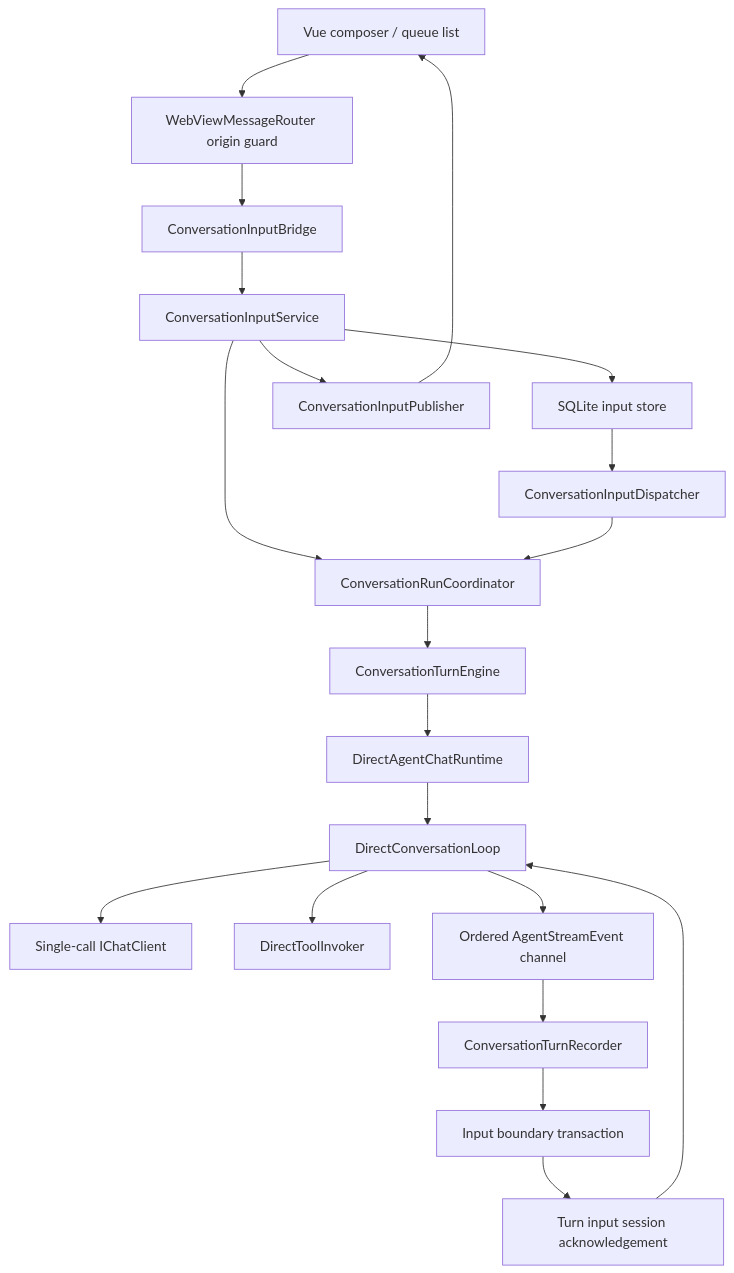
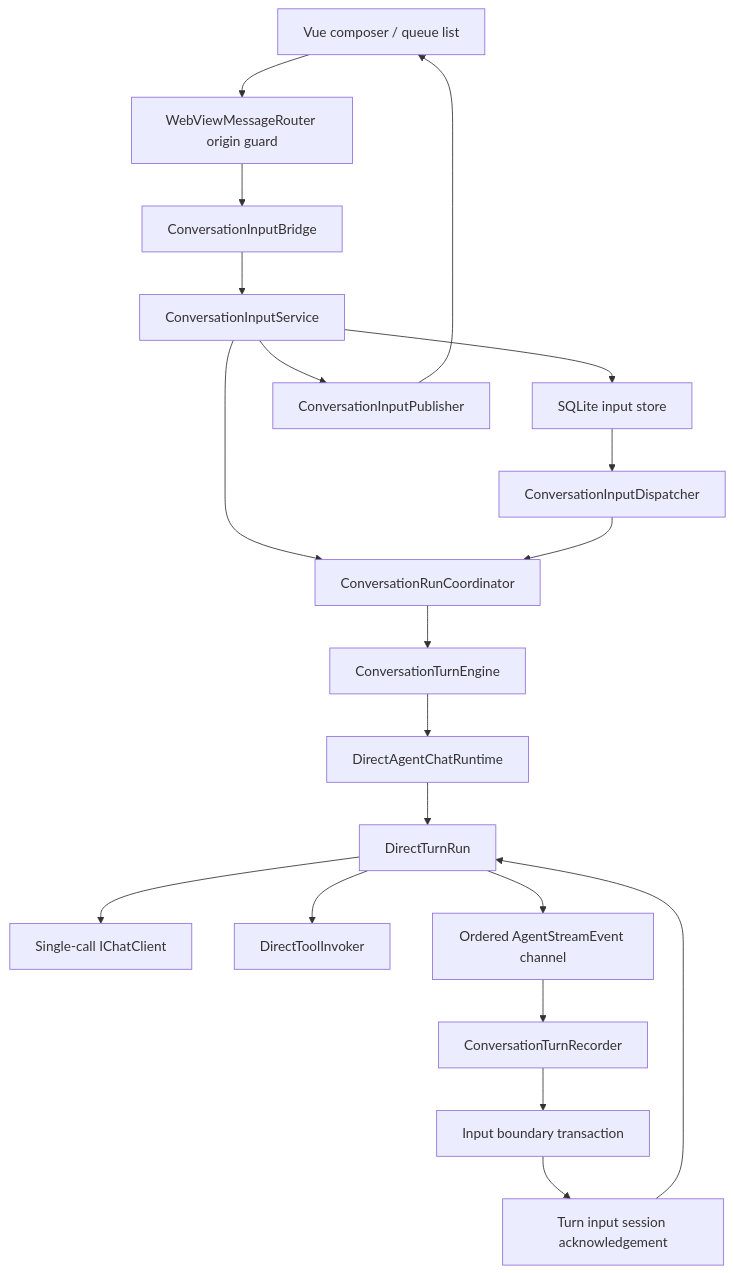
The diagram in docs/direct-message-input-design.md (zj0135/SelfClaw), drawn with Mermaid before and after one commit. The commit also changed other lines of this file and 81 other files, not shown here.

First line of the commit message:
refactor(direct): 重整 Direct 链路——拆分 runtime/loop、统一计数与压缩编排，并修正五处回合行为

````diff
--- a/docs/direct-message-input-design.md
+++ b/docs/direct-message-input-design.md
@@ -104,22 +104,22 @@
 ```mermaid
 flowchart TD
     Composer[Vue composer / queue list] --> Router[WebViewMessageRouter origin guard]
     Router --> Bridge[ConversationInputBridge]
     Bridge --> Inputs[ConversationInputService]
     Inputs --> Store[SQLite input store]
     Inputs --> State[ConversationInputPublisher]
     State --> Composer
     Store --> Dispatcher[ConversationInputDispatcher]
     Inputs --> Runs[ConversationRunCoordinator]
     Dispatcher --> Runs
     Runs --> Engine[ConversationTurnEngine]
     Engine --> Runtime[DirectAgentChatRuntime]
-    Runtime --> Loop[DirectConversationLoop]
+    Runtime --> Loop[DirectTurnRun]
     Loop --> Provider[Single-call IChatClient]
     Loop --> Invoker[DirectToolInvoker]
     Loop --> Events[Ordered AgentStreamEvent channel]
     Events --> Recorder[ConversationTurnRecorder]
     Recorder --> Commit[Input boundary transaction]
     Commit --> Ack[Turn input session acknowledgement]
     Ack --> Loop
 ```
````
